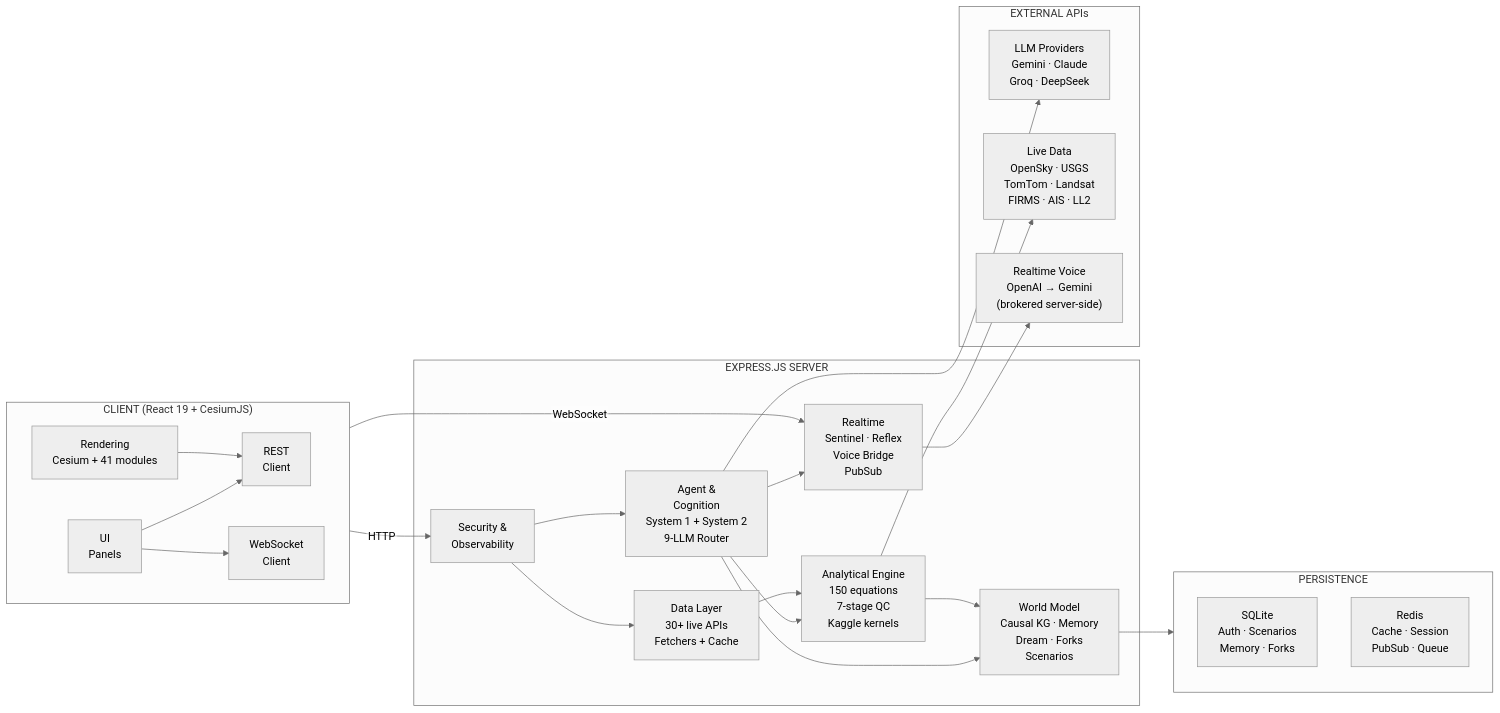
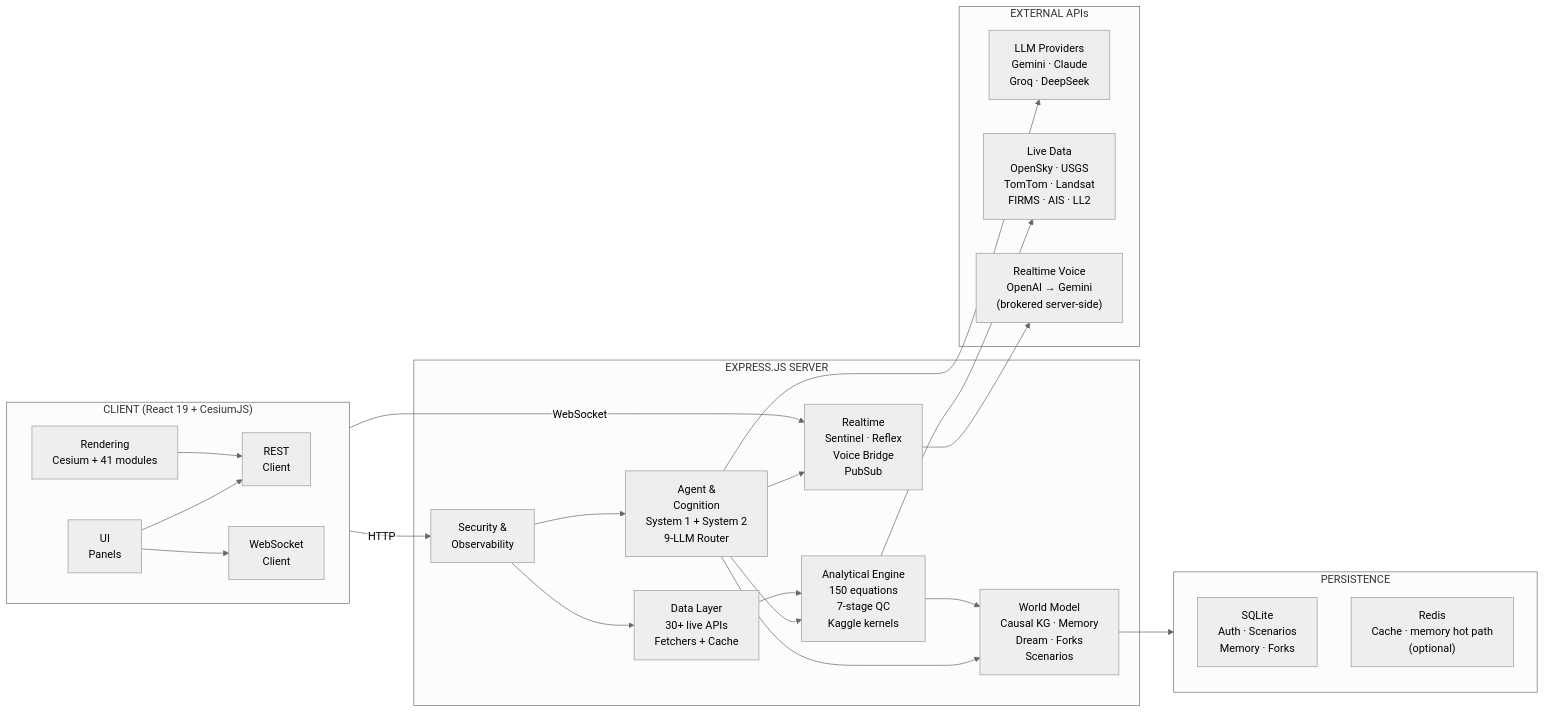
One commit to sreyassanker/Terranoetis changed the first of 3 diagrams in docs/ARCHITECTURE.md. Above: the diagram before and after it, drawn with Mermaid. The commit also changed other lines of this file and 60 other files, not shown here.

````diff
--- a/docs/ARCHITECTURE.md
+++ b/docs/ARCHITECTURE.md
@@ -27,48 +29,48 @@
 ```mermaid
 %%{init: {'theme': 'neutral', 'flowchart': {'htmlLabels': false}}}%%
 flowchart LR
     subgraph CLIENT["CLIENT (React 19 + CesiumJS)"]
         direction LR
         UI["UI\nPanels"]
         Render["Rendering\nCesium + 41 modules"]
         WS["WebSocket\nClient"]
         API["REST\nClient"]
         UI --> API
         Render --> API
         UI --> WS
     end
 
     subgraph SERVER["EXPRESS.JS SERVER"]
         Security["Security &\nObservability"]
         Agents["Agent &\nCognition\nSystem 1 + System 2\n9-LLM Router"]
         Engine["Analytical Engine\n150 equations\n7-stage QC\nKaggle kernels"]
         Data["Data Layer\n30+ live APIs\nFetchers + Cache"]
         Realtime["Realtime\nSentinel · Reflex\nVoice Bridge\nPubSub"]
         Services["World Model\nCausal KG · Memory\nDream · Forks\nScenarios"]
         Security --> Agents
         Security --> Data
         Agents --> Engine
         Data --> Engine
         Agents --> Realtime
         Agents --> Services
         Engine --> Services
     end
 
     subgraph STORAGE["PERSISTENCE"]
         SQLite["SQLite\nAuth · Scenarios\nMemory · Forks"]
-        Redis["Redis\nCache · Session\nPubSub · Queue"]
+        Redis["Redis\nCache · memory hot path\n(optional)"]
     end
 
     subgraph EXTERNAL["EXTERNAL APIs"]
         LLM["LLM Providers\nGemini · Claude\nGroq · DeepSeek"]
         Live["Live Data\nOpenSky · USGS\nTomTom · Landsat\nFIRMS · AIS · LL2"]
         Voice["Realtime Voice\nOpenAI → Gemini\n(brokered server-side)"]
     end
 
     CLIENT -->|HTTP| Security
     CLIENT -->|WebSocket| Realtime
     Services --> STORAGE
     Engine --> Live
     Agents --> LLM
     Realtime --> Voice
 ```
````
